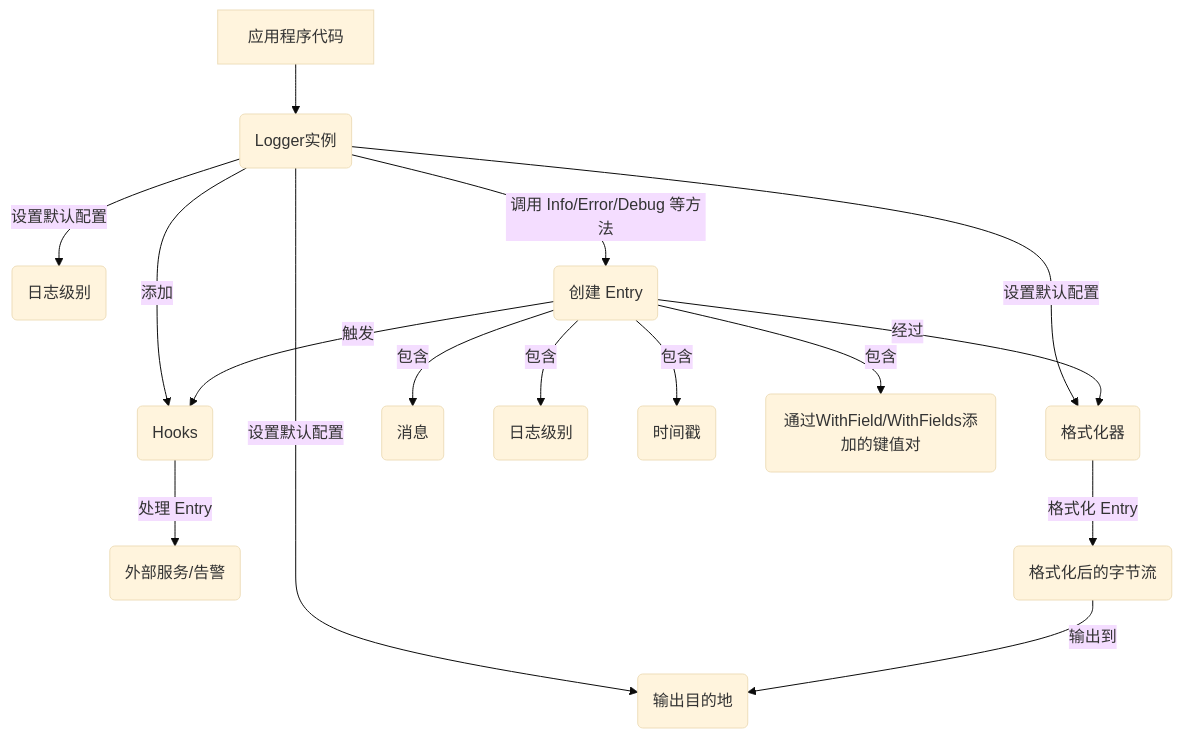
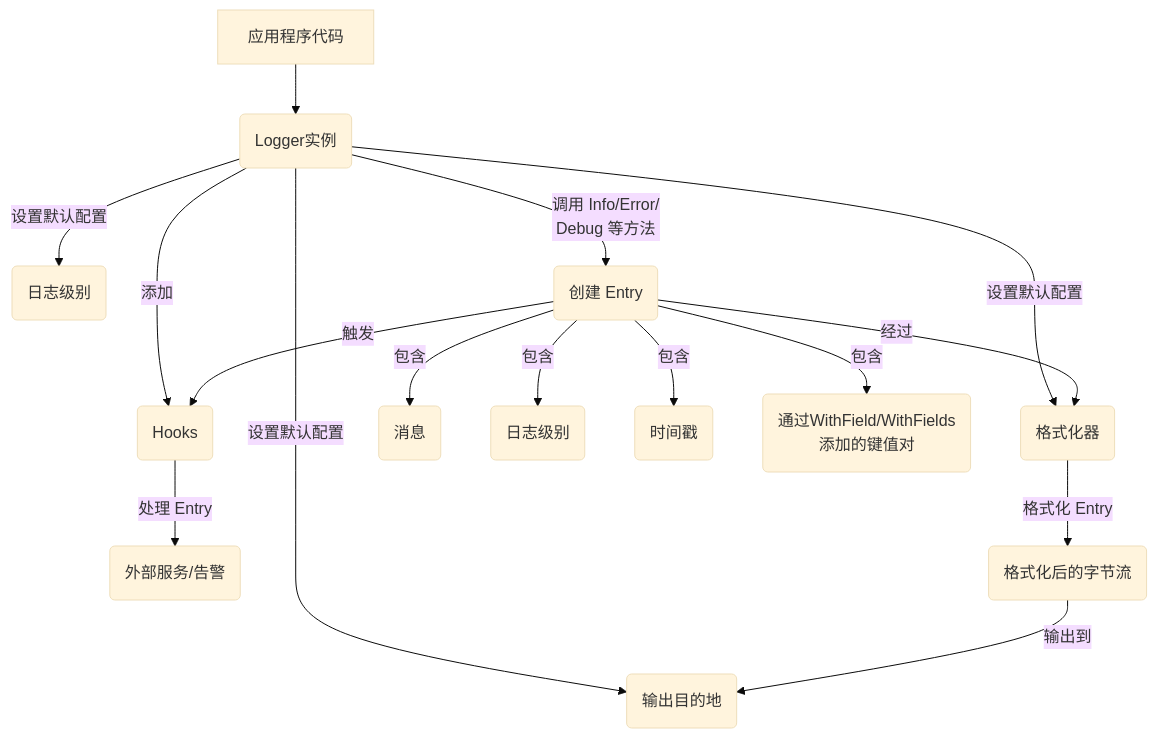
The diagram in source/_posts/2025/2025-03-21_Logrus (Go Logging 库) 深度解析.md (teatang/t-blog), drawn with Mermaid (base theme) before and after one commit. The commit also changed 3 other files, not shown here.

```diff
--- a/source/_posts/2025/2025-03-21_Logrus (Go Logging 库) 深度解析.md
+++ b/source/_posts/2025/2025-03-21_Logrus (Go Logging 库) 深度解析.md
@@ -75,19 +75,19 @@
 {% mermaid %}
 graph TD
     A[应用程序代码] --> B(Logger实例)
     B -- 设置默认配置 --> C(日志级别)
     B -- 设置默认配置 --> D(格式化器)
     B -- 设置默认配置 --> E(输出目的地)
     B -- 添加 --> F(Hooks)
 
-    B -- 调用 Info/Error/Debug 等方法 --> G(创建 Entry)
+    B -- 调用 Info/Error/<br>Debug 等方法 --> G(创建 Entry)
     G -- 包含 --> H(消息)
     G -- 包含 --> I(日志级别)
     G -- 包含 --> J(时间戳)
-    G -- 包含 --> K(通过WithField/WithFields添加的键值对)
+    G -- 包含 --> K(通过WithField/WithFields<br>添加的键值对)
     G -- 触发 --> F
     F -- 处理 Entry --> L(外部服务/告警)
     G -- 经过 --> D
     D -- 格式化 Entry --> M(格式化后的字节流)
     M -- 输出到 --> E
 {% endmermaid %}
```
